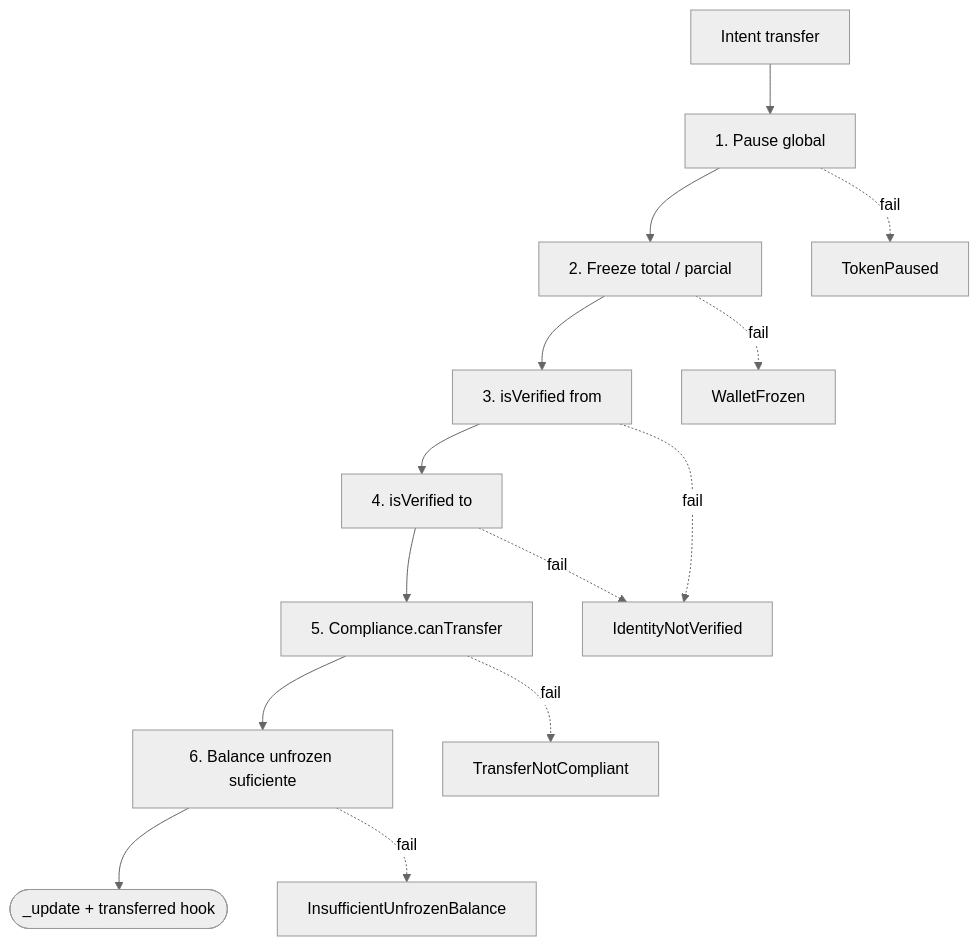
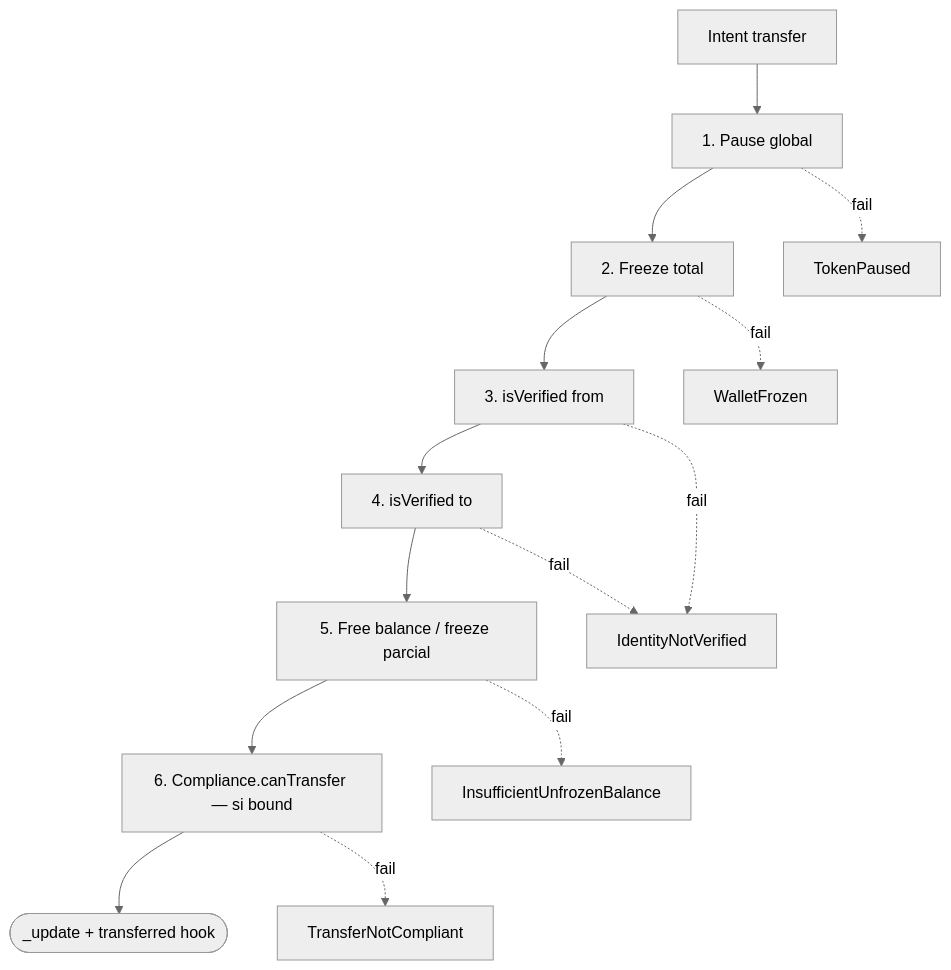
Before and after one commit to rastrahm/rwa-tokenization: the third of 6 diagrams in doc/flujograma.md, drawn with Mermaid (neutral theme). The commit also changed other lines of this file and 7 other files, not shown here.

````diff
--- a/doc/flujograma.md
+++ b/doc/flujograma.md
@@ -64,16 +68,16 @@
 ```mermaid
 flowchart TD
     A[Intent transfer] --> L1[1. Pause global]
-    L1 --> L2[2. Freeze total / parcial]
+    L1 --> L2[2. Freeze total]
     L2 --> L3[3. isVerified from]
     L3 --> L4[4. isVerified to]
-    L4 --> L5[5. Compliance.canTransfer]
-    L5 --> L6[6. Balance unfrozen suficiente]
+    L4 --> L5[5. Free balance / freeze parcial]
+    L5 --> L6[6. Compliance.canTransfer — si bound]
     L6 --> Ok([_update + transferred hook])
     L1 -.->|fail| X1[TokenPaused]
     L2 -.->|fail| X2[WalletFrozen]
     L3 -.->|fail| X3[IdentityNotVerified]
     L4 -.->|fail| X3
-    L5 -.->|fail| X4[TransferNotCompliant]
-    L6 -.->|fail| X5[InsufficientUnfrozenBalance]
+    L5 -.->|fail| X4[InsufficientUnfrozenBalance]
+    L6 -.->|fail| X5[TransferNotCompliant]
 ```
````
